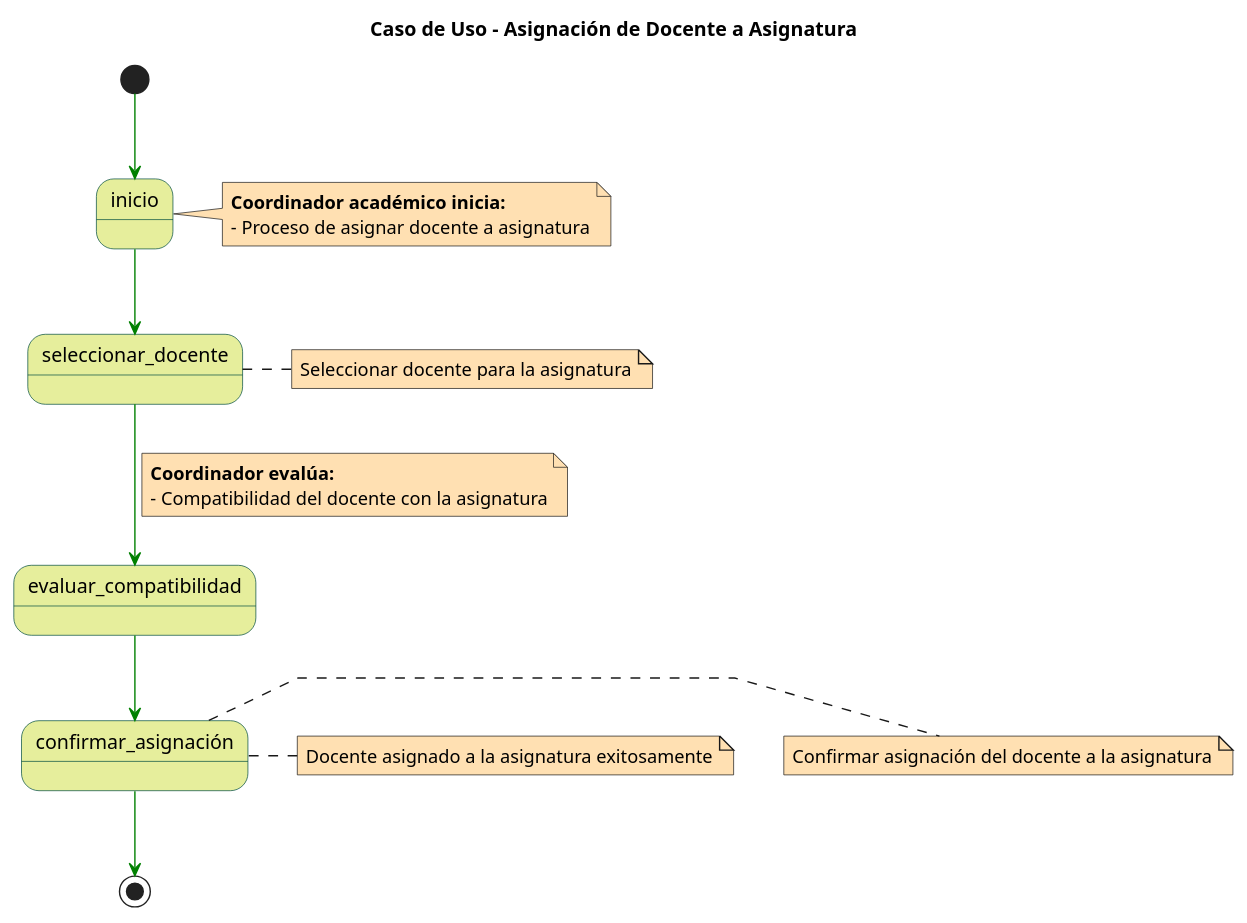
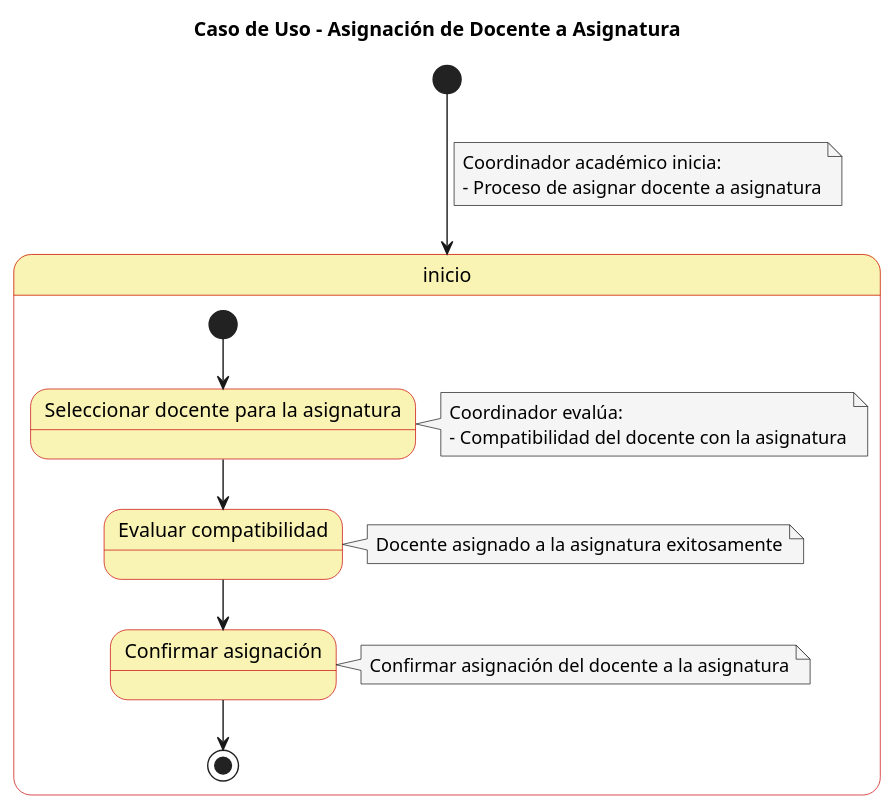
One commit to FernandoWilliam26/23-24-IdSw1-SDR changed the diagram in Casos de Uso/Detalle de DocenteAsignatura.puml. Above: the diagram before and after it, drawn with PlantUML. The commit also changed 9 other files, not shown here.

```diff
--- a/Casos de Uso/Detalle de DocenteAsignatura.puml
+++ b/Casos de Uso/Detalle de DocenteAsignatura.puml
@@ -1,43 +1,44 @@
 @startuml
 
 skinparam state {
-  BackgroundColor #e6ee9c
-  BorderColor #004d40
+  BackgroundColor #faf4b4
+  BorderColor #c90000
 }
 
 skinparam note {
-  BackgroundColor #ffe0b2
+  BackgroundColor #f5f5f5
 }
-
-skinparam linetype polyline
 
 title Caso de Uso - Asignación de Docente a Asignatura
 
-[*] -[#green]-> inicio
-note right of inicio
-  **Coordinador académico inicia:**
+[*] --> inicio
+note on link
+  Coordinador académico inicia:
   - Proceso de asignar docente a asignatura
 end note
 
-inicio -[#green]-> seleccionar_docente
-note right of seleccionar_docente
-  Seleccionar docente para la asignatura
-end note
+state inicio {
+  [*] --> seleccionar_docente
+  state "Seleccionar docente para la asignatura" as seleccionar_docente
 
-seleccionar_docente -[#green]-> evaluar_compatibilidad
-note on link
-  **Coordinador evalúa:**
-  - Compatibilidad del docente con la asignatura
-end note
+  seleccionar_docente --> evaluar_compatibilidad
+  note right of seleccionar_docente
+    Coordinador evalúa:
+    - Compatibilidad del docente con la asignatura
+  end note
 
-evaluar_compatibilidad -[#green]-> confirmar_asignación
-note right of confirmar_asignación
-  Confirmar asignación del docente a la asignatura
-end note
+  state "Evaluar compatibilidad" as evaluar_compatibilidad
 
-confirmar_asignación -[#green]-> [*]
-note right of confirmar_asignación
-  Docente asignado a la asignatura exitosamente
-end note
+  evaluar_compatibilidad --> confirmar_asignacion
+  note right of evaluar_compatibilidad
+    Docente asignado a la asignatura exitosamente
+  end note
+
+  state "Confirmar asignación" as confirmar_asignacion
+  confirmar_asignacion --> [*]
+  note right of confirmar_asignacion
+    Confirmar asignación del docente a la asignatura
+  end note
+}
 
 @enduml
```
